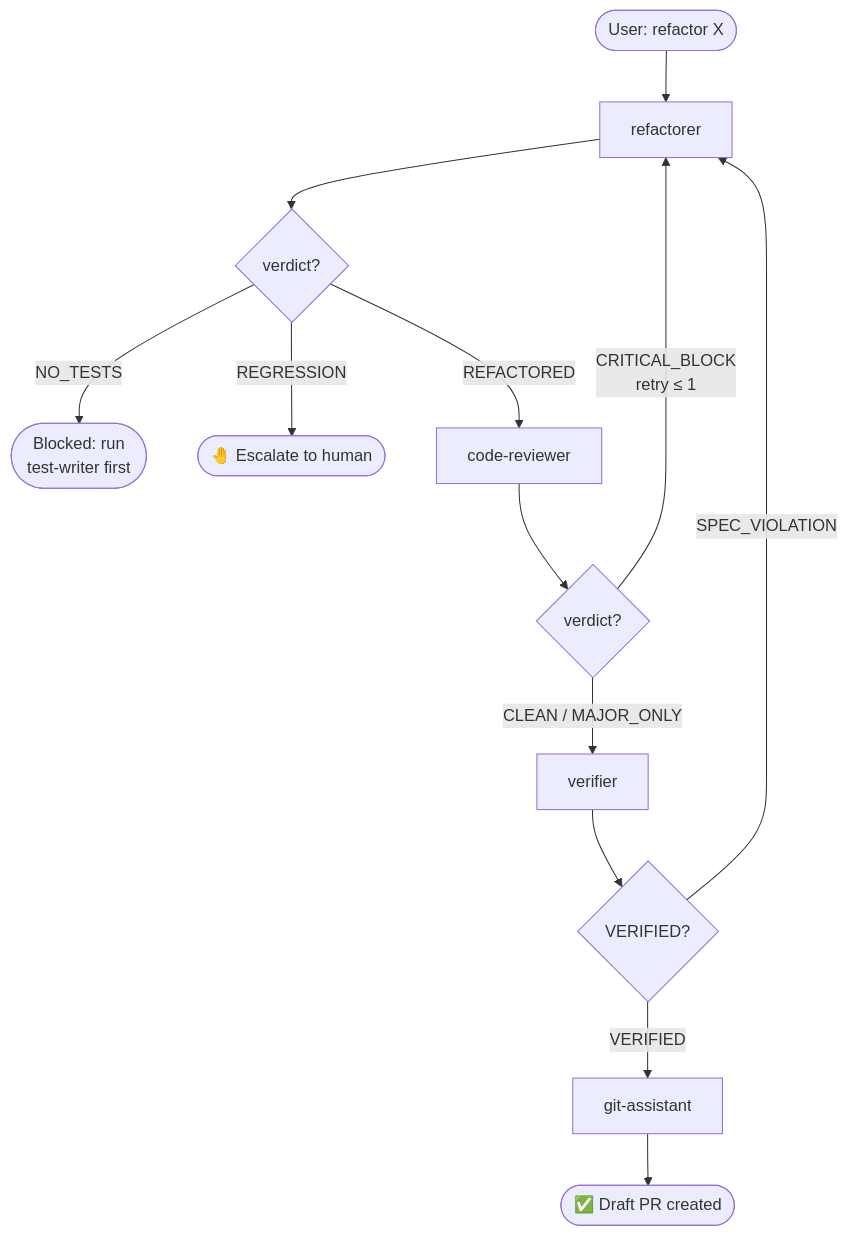
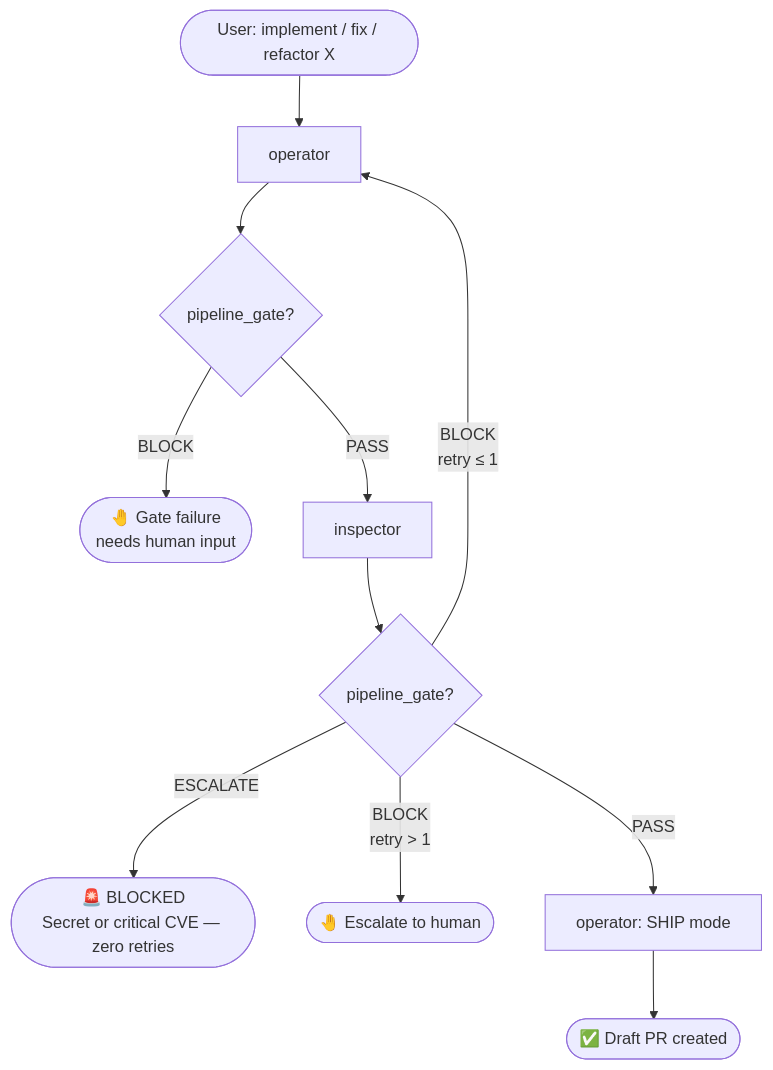
One commit to RyoKusnadi/rig-bench changed the first of 3 diagrams in subagents/README.md. Above: the diagram before and after it, drawn with Mermaid. The commit also changed other lines of this file and 28 other files, not shown here.

First line of the commit message:
Replace 15-agent roster with operator/inspector, rewire workflows

````diff
--- a/subagents/README.md
+++ b/subagents/README.md
@@ -157,19 +71,16 @@
 ```mermaid
 flowchart TD
-    Start([User: refactor X]) --> RF[refactorer]
+    Start([User: implement / fix / refactor X]) --> OP[operator]
 
-    RF --> RF_gate{verdict?}
-    RF_gate -- NO_TESTS --> TW([Blocked: run\ntest-writer first])
-    RF_gate -- REGRESSION --> Human1([🤚 Escalate to human])
-    RF_gate -- REFACTORED --> CR[code-reviewer]
+    OP --> OP_gate{pipeline_gate?}
+    OP_gate -- BLOCK --> Human1([🤚 Gate failure\nneeds human input])
+    OP_gate -- PASS --> INS[inspector]
 
-    CR --> CR_gate{verdict?}
-    CR_gate -- CRITICAL_BLOCK\nretry ≤ 1 --> RF
-    CR_gate -- CLEAN / MAJOR_ONLY --> VF[verifier]
+    INS --> INS_gate{pipeline_gate?}
+    INS_gate -- ESCALATE --> BLOCKED([🚨 BLOCKED\nSecret or critical CVE — zero retries])
+    INS_gate -- BLOCK\nretry ≤ 1 --> OP
+    INS_gate -- BLOCK\nretry > 1 --> Human2([🤚 Escalate to human])
+    INS_gate -- PASS --> SHIP[operator: SHIP mode]
 
-    VF --> VF_gate{VERIFIED?}
-    VF_gate -- SPEC_VIOLATION --> RF
-    VF_gate -- VERIFIED --> GA[git-assistant]
-
-    GA --> PR([✅ Draft PR created])
+    SHIP --> PR([✅ Draft PR created])
 ```
````
